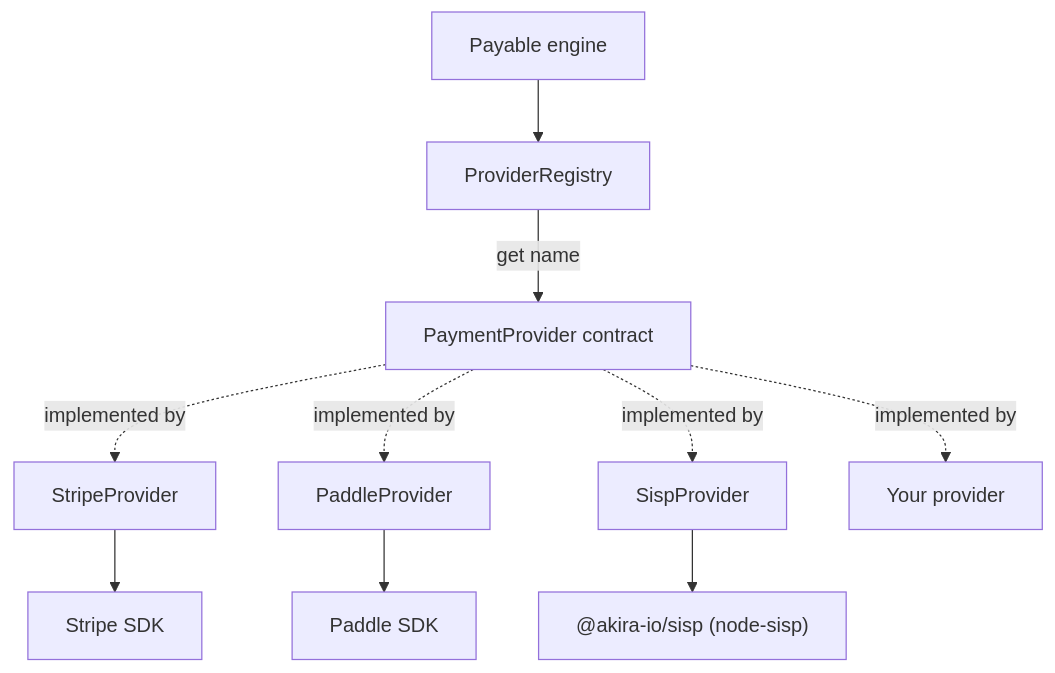
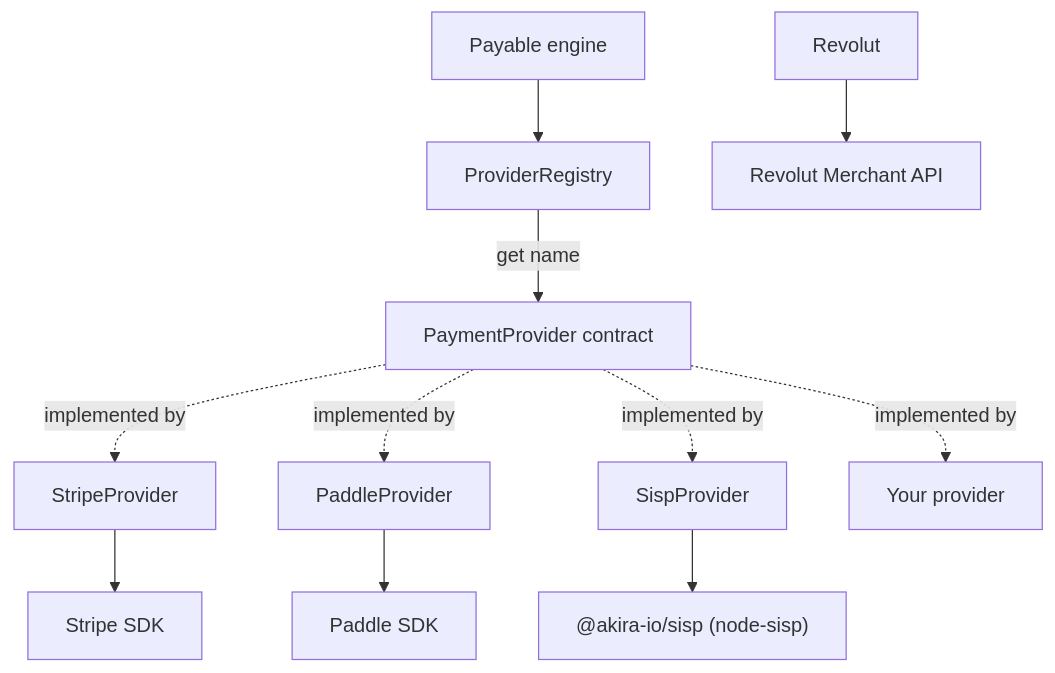
One commit to kidiatoliny/payable-docs changed the diagram in _docs_src/integrations/17-providers.md. Above: the diagram before and after it, drawn with Mermaid. The commit also changed other lines of this file and 3 other files, not shown here.

````diff
--- a/_docs_src/integrations/17-providers.md
+++ b/_docs_src/integrations/17-providers.md
@@ -204,12 +204,13 @@
 ```mermaid
 flowchart TD
   Engine[Payable engine] --> Registry[ProviderRegistry]
   Registry -->|get name| Contract[PaymentProvider contract]
   Contract -. implemented by .-> Stripe[StripeProvider]
   Contract -. implemented by .-> Paddle[PaddleProvider]
   Contract -. implemented by .-> Sisp[SispProvider]
   Contract -. implemented by .-> Custom[Your provider]
   Stripe --> StripeAPI[Stripe SDK]
   Paddle --> PaddleAPI[Paddle SDK]
   Sisp --> SispPkg["@akira-io/sisp (node-sisp)"]
+  Revolut --> RevolutAPI[Revolut Merchant API]
 ```
````
